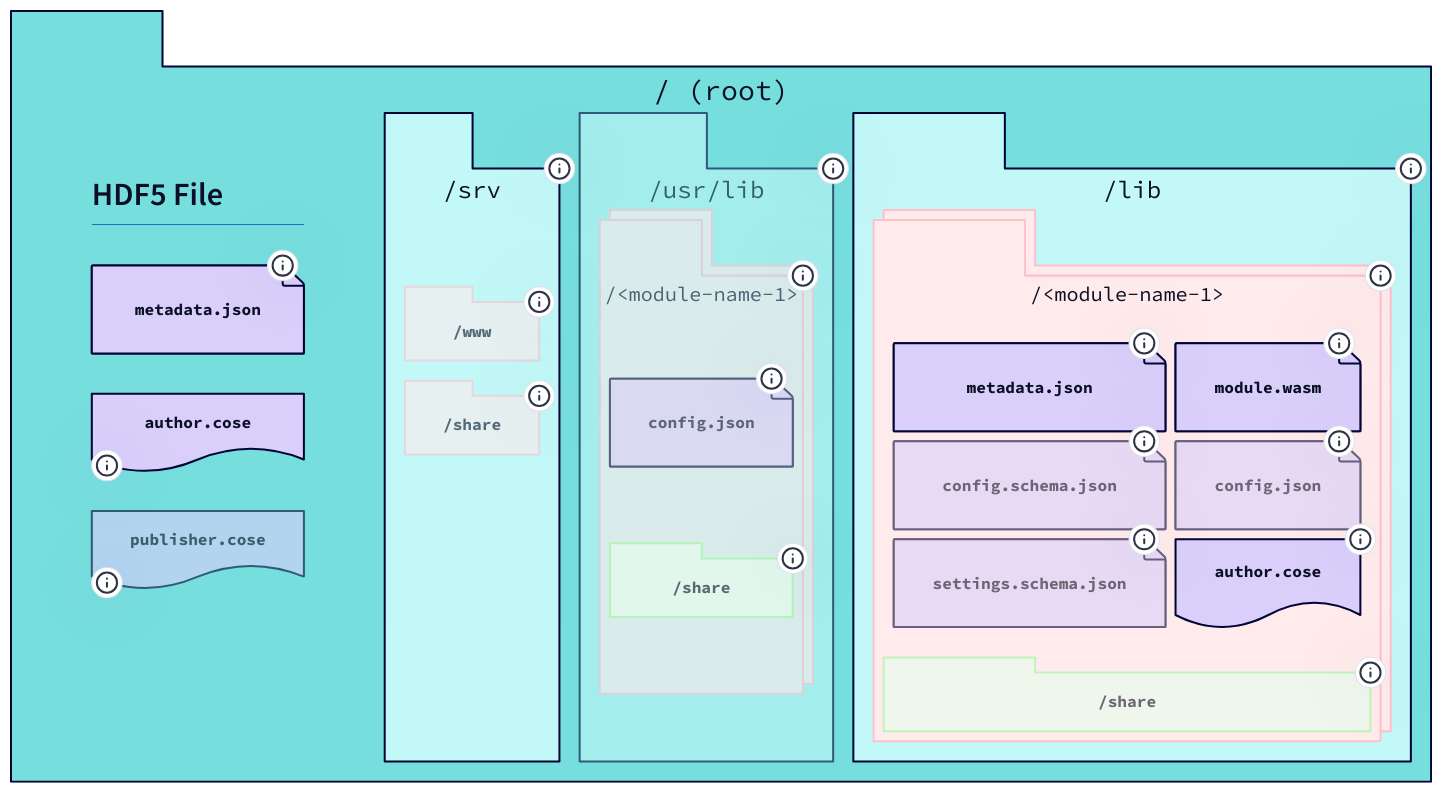
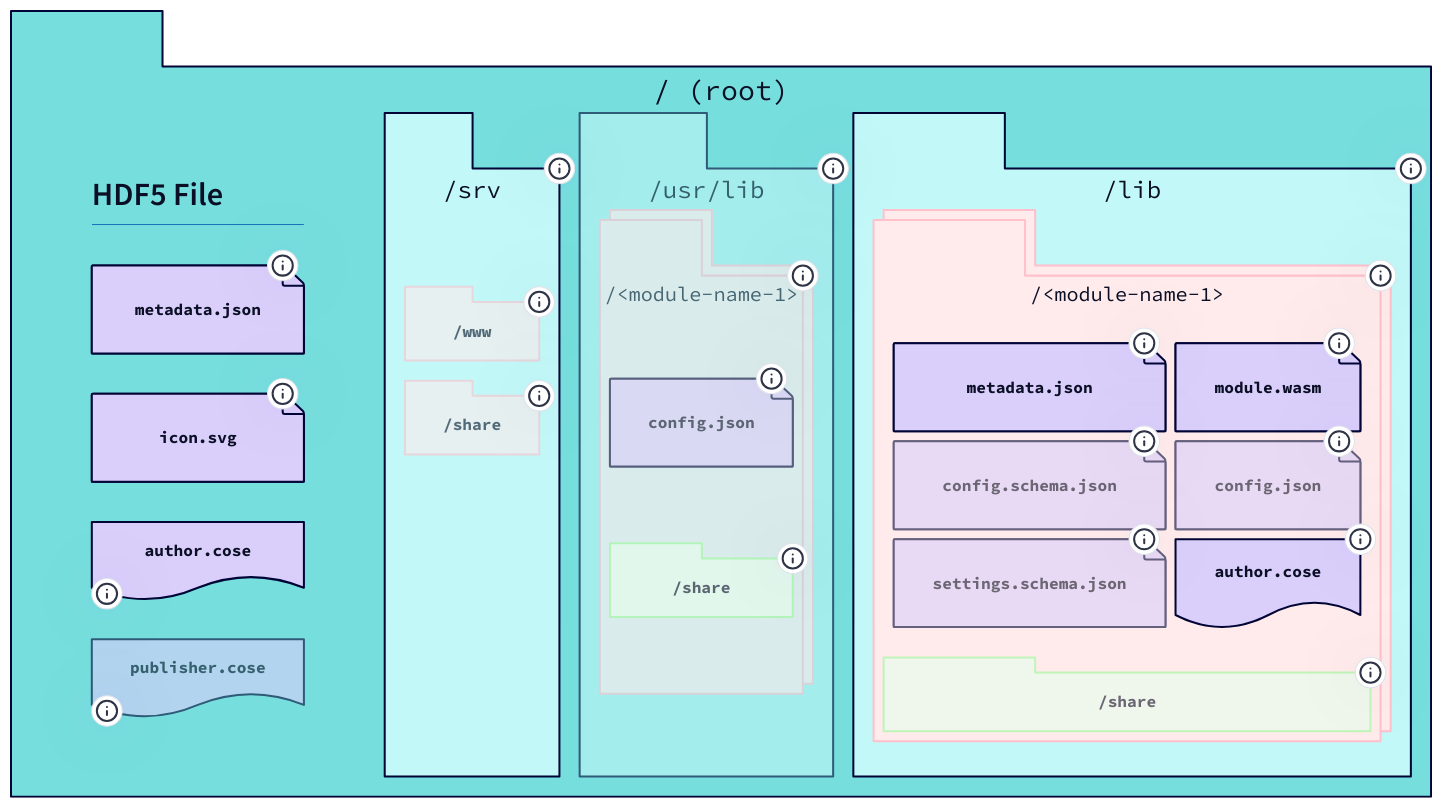
One commit to input-output-hk/hermes changed the diagram in docs/src/architecture/08_concepts/hermes_packaging_requirements/images/application_package_hierarchy.d2. Above: the diagram before and after it, drawn with D2. The commit also changed 2 other files, not shown here.

Commit message:
feat(docs): Application package icon.svg description (#289)
* update docs, add icon.svg description

* update app metadata example

```diff
--- a/docs/src/architecture/08_concepts/hermes_packaging_requirements/images/application_package_hierarchy.d2
+++ b/docs/src/architecture/08_concepts/hermes_packaging_requirements/images/application_package_hierarchy.d2
@@ -48,6 +48,17 @@
         ? Optimum Resource requirements
         ? Maximum Resource requirements
         ? Requested Permissions
+      |
+    }
+
+    root icon object: {
+      shape: page
+      label: icon.svg
+      style: {
+        font: mono
+      }
+      tooltip: |md
+        Application icon.svg image file.
       |
     }
 
```
